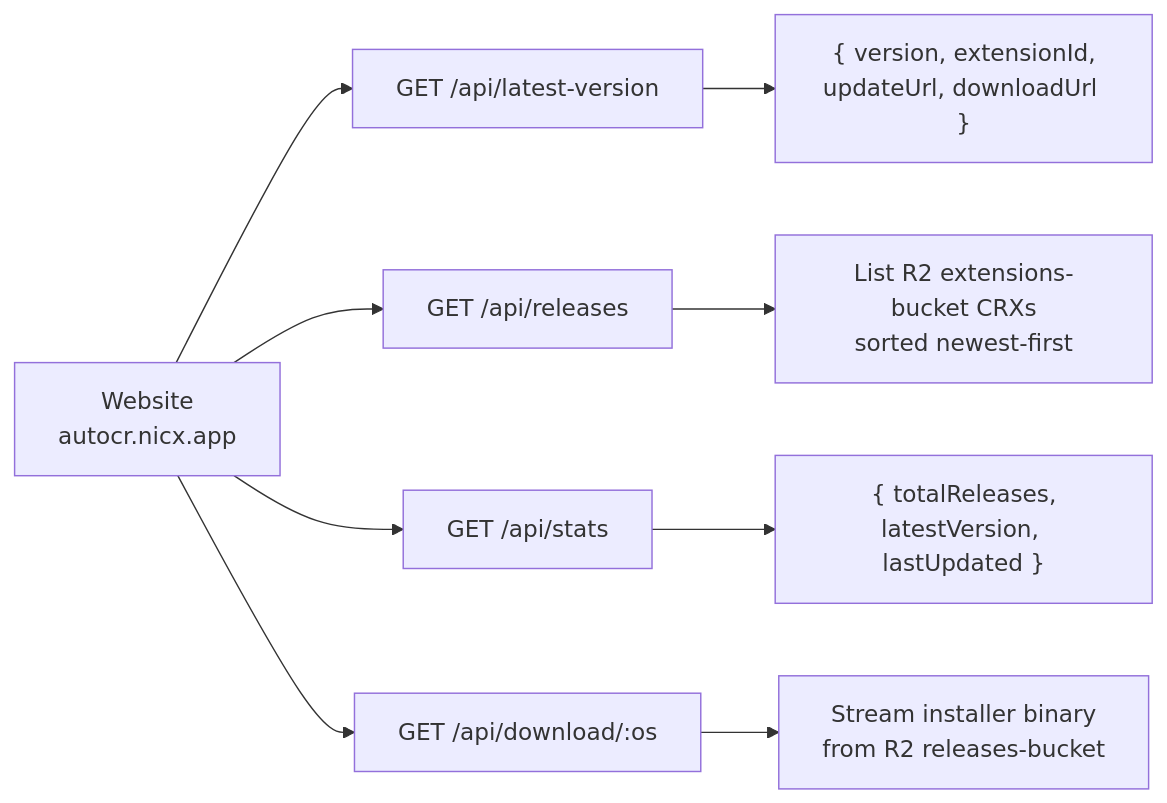
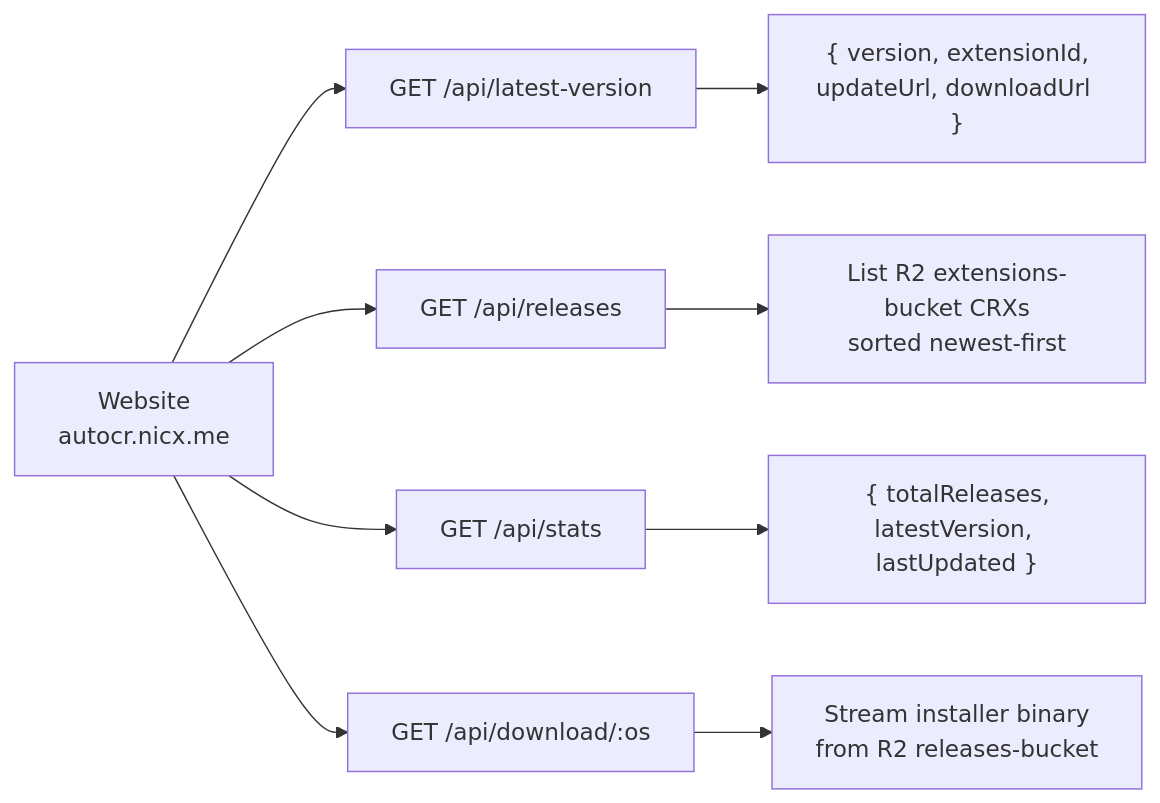
The fourth of 4 diagrams in docs/ARCHITECTURE.md (NICxKMS/auto-coursera), drawn with Mermaid before and after one commit. The commit also changed other lines of this file and 113 other files, not shown here.

````diff
--- a/docs/ARCHITECTURE.md
+++ b/docs/ARCHITECTURE.md
@@ -339,12 +339,12 @@
 ```mermaid
 flowchart LR
-    WEB["Website\nautocr.nicx.app"] --> V["GET /api/latest-version"]
+    WEB["Website\nautocr.nicx.me"] --> V["GET /api/latest-version"]
     WEB --> R["GET /api/releases"]
     WEB --> S["GET /api/stats"]
     WEB --> D["GET /api/download/:os"]
 
     V --> VR["{ version, extensionId,\nupdateUrl, downloadUrl }"]
     R --> RR["List R2 extensions-bucket CRXs\nsorted newest-first"]
     S --> SR["{ totalReleases,\nlatestVersion, lastUpdated }"]
     D --> DR["Stream installer binary\nfrom R2 releases-bucket"]
 ```
````
